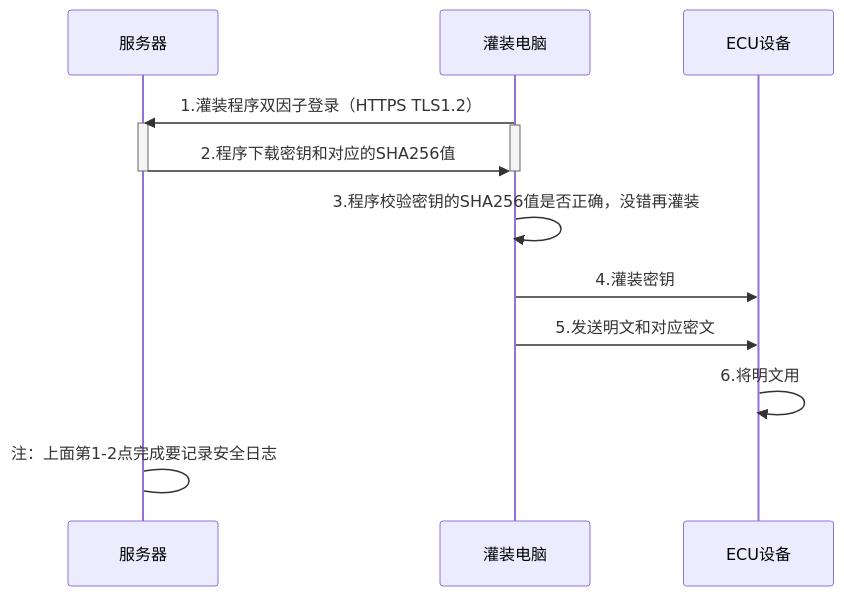
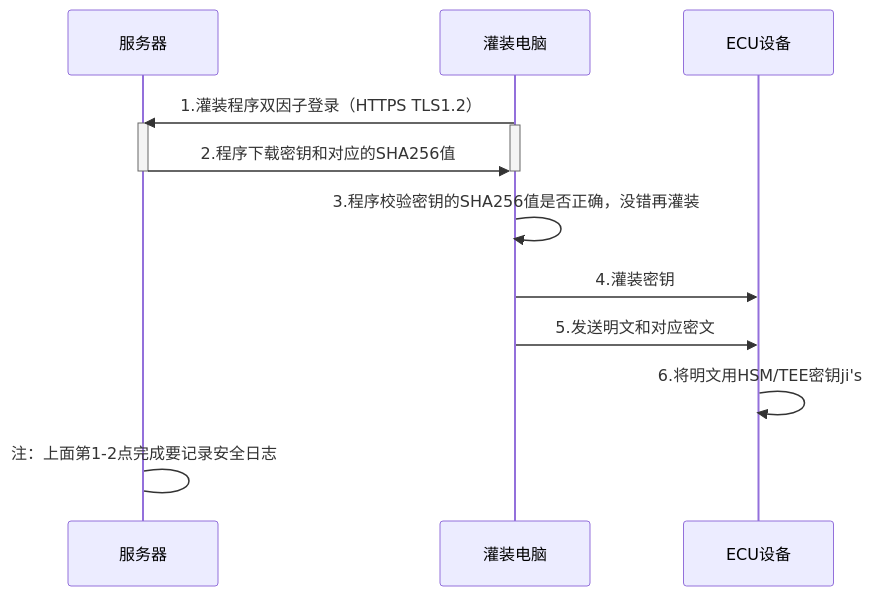
Before and after one commit to facebook-cloud/iodraw-files: the diagram in all/未命名-25.md, drawn with Mermaid.

Commit message:
2026-04-21 15:23:27 update

````diff
--- a/all/未命名-25.md
+++ b/all/未命名-25.md
@@ -1,23 +1,23 @@
 ```mermaid
 sequenceDiagram
   
     participant B as 服务器
     participant D as 灌装电脑
     participant E as ECU设备
 
     D->>B: 1.灌装程序双因子登录（HTTPS TLS1.2）
     activate B
     activate D
 
     B->>D: 2.程序下载密钥和对应的SHA256值 
 
     deactivate B
     deactivate D
     
     D->>D: 3.程序校验密钥的SHA256值是否正确，没错再灌装
     D->>E: 4.灌装密钥
     D->>E: 5.发送明文和对应密文
-    E->>E: 6.将明文用
+    E->>E: 6.将明文用HSM/TEE密钥ji's
 
     B->B: 注：上面第1-2点完成要记录安全日志
 ```
````
